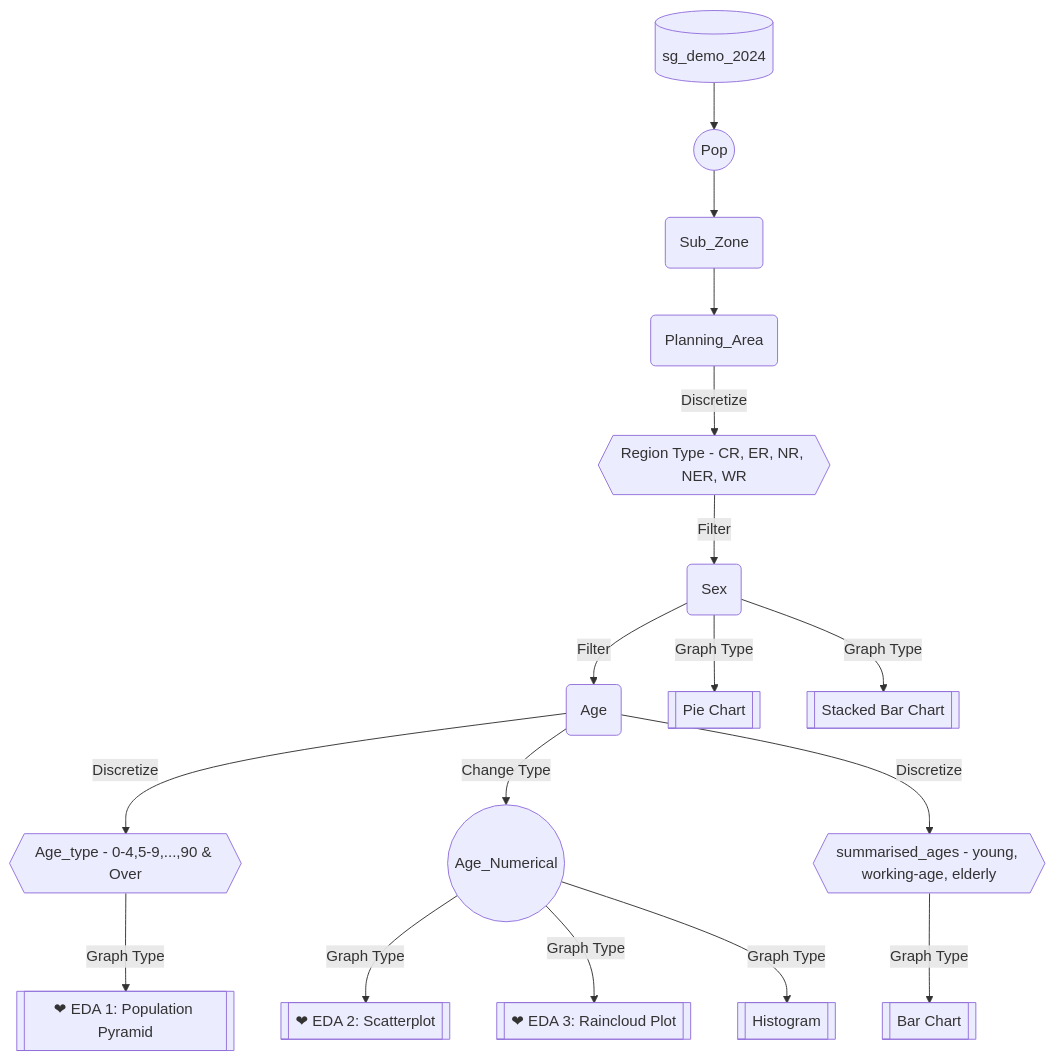
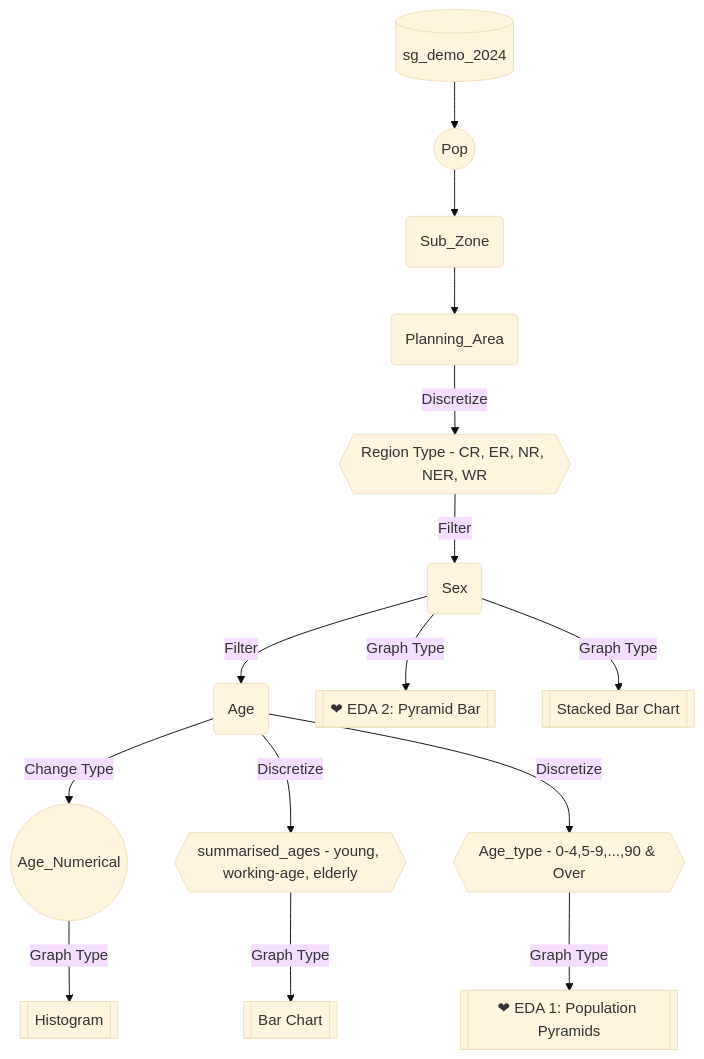
The diagram in Take-home_Ex/Take-home_Ex01.qmd (dreytwy/ISSS608-VAA), drawn with Mermaid before and after one commit. The commit also changed other lines of this file and 207 other files, not shown here.

````diff
--- a/Take-home_Ex/Take-home_Ex01.qmd
+++ b/Take-home_Ex/Take-home_Ex01.qmd
@@ -198,25 +218,34 @@
 ```{mermaid}
 %%| echo: false
+
+%%{
+  init: {
+    'theme': 'base',
+    'themeVariables': {
+    }
+  }
+}%%
+
 flowchart TD
     id1[(sg_demo_2024)]-->C((Pop))
     C((Pop))-->G(Sub_Zone)
     G(Sub_Zone)--> F(Planning_Area) 
 
     F -->|Discretize| id2{{Region Type - CR, ER, NR, NER, WR}}
     id2 -->|Filter| D(Sex)
     D(Sex)--> |Filter| B(Age)
+    D(Sex)-->|Graph Type|K[[❤ EDA 2: Pyramid Bar]] 
 
-    D(Sex)--> |Graph Type|L[[Pie Chart]]
     D(Sex)--> |Graph Type|N[[Stacked Bar Chart]]
 
-    B(Age) -->|Discretize| id4{{Age_type - 0-4,5-9,...,90 & Over}}
     B(Age) -->|Change Type| H((Age_Numerical))
     B(Age) -->|Discretize| id3{{summarised_ages - young, working-age, elderly}}
+    B(Age) -->|Discretize| id4{{Age_type - 0-4,5-9,...,90 & Over}}
 
     id3--> |Graph Type|M[[Bar Chart]]
-    id4--> |Graph Type|A[[❤ EDA 1: Population Pyramid]]
+    id4--> |Graph Type|A[[❤ EDA 1: Population Pyramids]]
    
-    H((Age_Numerical))-->|Graph Type|J[[❤ EDA 2: Scatterplot]] 
-    H((Age_Numerical))-->|Graph Type|K[[❤ EDA 3: Raincloud Plot]] 
     H((Age_Numerical))-->|Graph Type|O[[Histogram]] 
+ 
+
 ```
````
